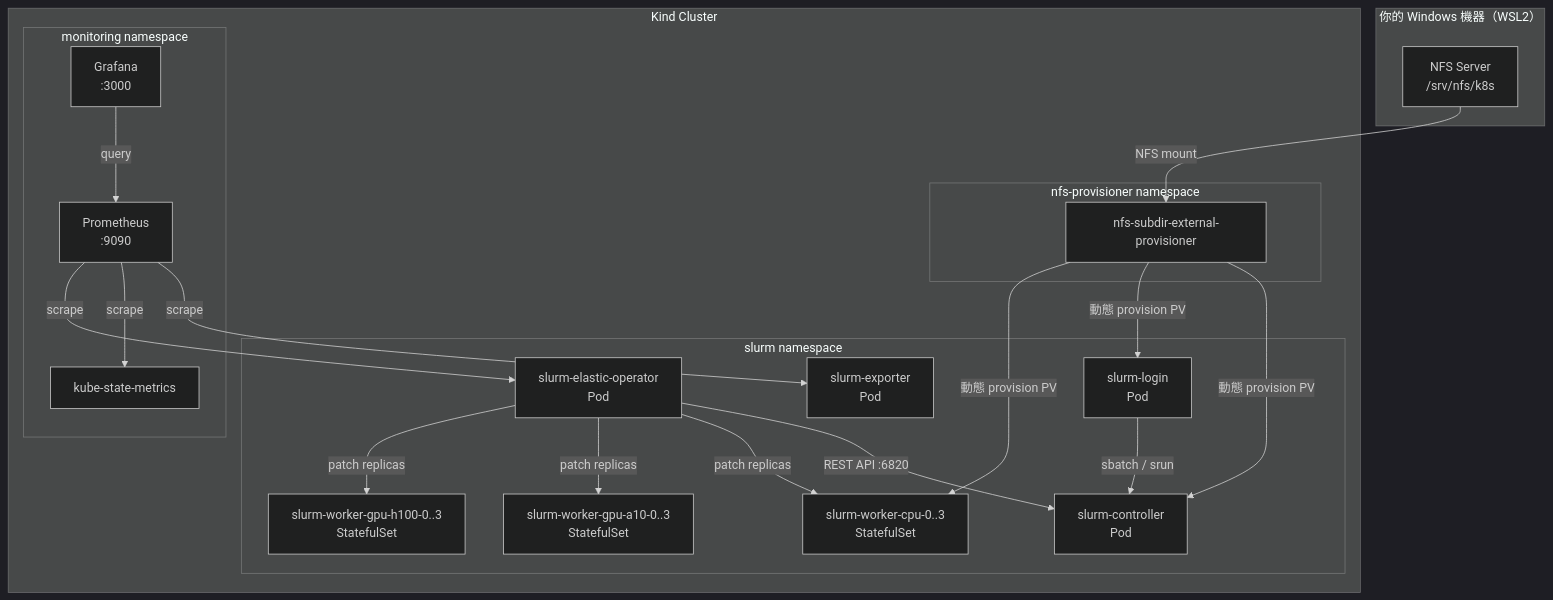
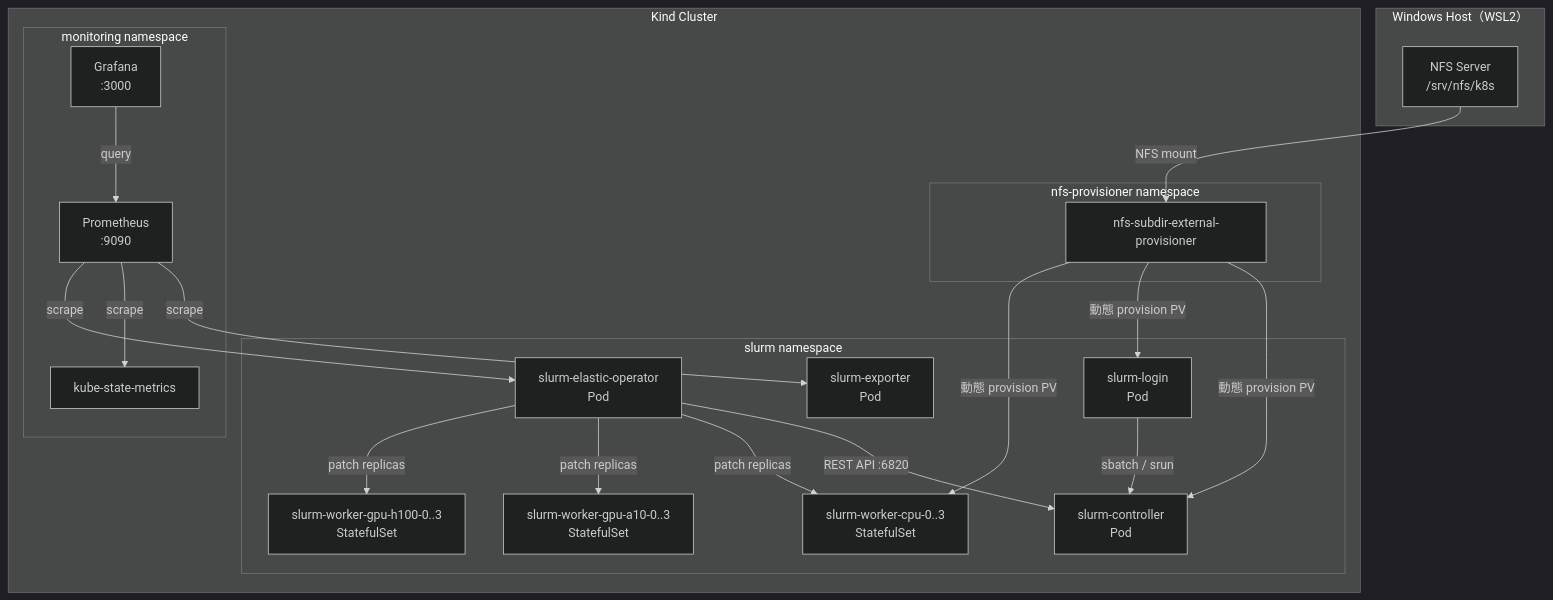
The first of 7 diagrams in docs/cluster.md (SoWiEee/Slurm-on-K8s-For-DDP), drawn with Mermaid (dark theme) before and after one commit. The commit also changed other lines of this file, not shown here.

First line of the commit message:
docs: rewrite cluster.md around component architecture

````diff
--- a/docs/cluster.md
+++ b/docs/cluster.md
@@ -29,42 +37,42 @@
 ```mermaid
 graph TD
-    subgraph "你的 Windows 機器（WSL2）"
+    subgraph "Windows Host（WSL2）"
         NFS_HOST[NFS Server\n/srv/nfs/k8s]
     end
 
     subgraph "Kind Cluster"
         subgraph "nfs-provisioner namespace"
             PROV[nfs-subdir-external-provisioner]
         end
 
         subgraph "slurm namespace"
             CTL[slurm-controller\nPod]
             LOGIN[slurm-login\nPod]
             OPER[slurm-elastic-operator\nPod]
             SEXP[slurm-exporter\nPod]
             CPU[slurm-worker-cpu-0..3\nStatefulSet]
             A10[slurm-worker-gpu-a10-0..3\nStatefulSet]
             H100[slurm-worker-gpu-h100-0..3\nStatefulSet]
         end
 
         subgraph "monitoring namespace"
             PROM[Prometheus\n:9090]
             GRAF[Grafana\n:3000]
             KSM[kube-state-metrics]
         end
     end
 
     NFS_HOST -- NFS mount --> PROV
     PROV -- 動態 provision PV --> CTL
     PROV -- 動態 provision PV --> LOGIN
     PROV -- 動態 provision PV --> CPU
     OPER -- "REST API :6820" --> CTL
     OPER -- "patch replicas" --> CPU
     OPER -- "patch replicas" --> A10
     OPER -- "patch replicas" --> H100
     LOGIN -- "sbatch / srun" --> CTL
     PROM -- scrape --> SEXP
     PROM -- scrape --> KSM
     PROM -- scrape --> OPER
     GRAF -- query --> PROM
 ```
````
